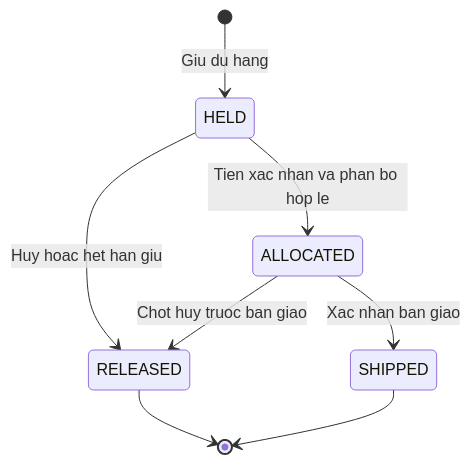
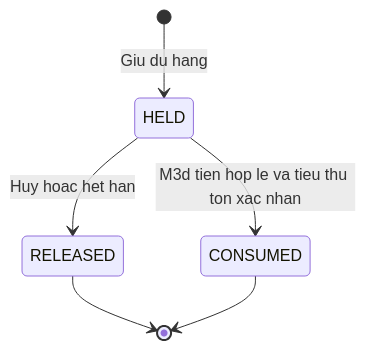
Before and after one commit to quocanh112233/agora-backend: the first of 5 diagrams in docs/product/state-machines.md, drawn with Mermaid. The commit also changed other lines of this file and 43 other files, not shown here.

````diff
--- a/docs/product/state-machines.md
+++ b/docs/product/state-machines.md
@@ -39,10 +41,8 @@
 ```mermaid
 stateDiagram-v2
     [*] --> HELD: Giu du hang
-    HELD --> ALLOCATED: Tien xac nhan va phan bo hop le
-    HELD --> RELEASED: Huy hoac het han giu
-    ALLOCATED --> RELEASED: Chot huy truoc ban giao
-    ALLOCATED --> SHIPPED: Xac nhan ban giao
+    HELD --> RELEASED: Huy hoac het han
+    HELD --> CONSUMED: M3d tien hop le va tieu thu ton xac nhan
     RELEASED --> [*]
-    SHIPPED --> [*]
+    CONSUMED --> [*]
 ```
````
